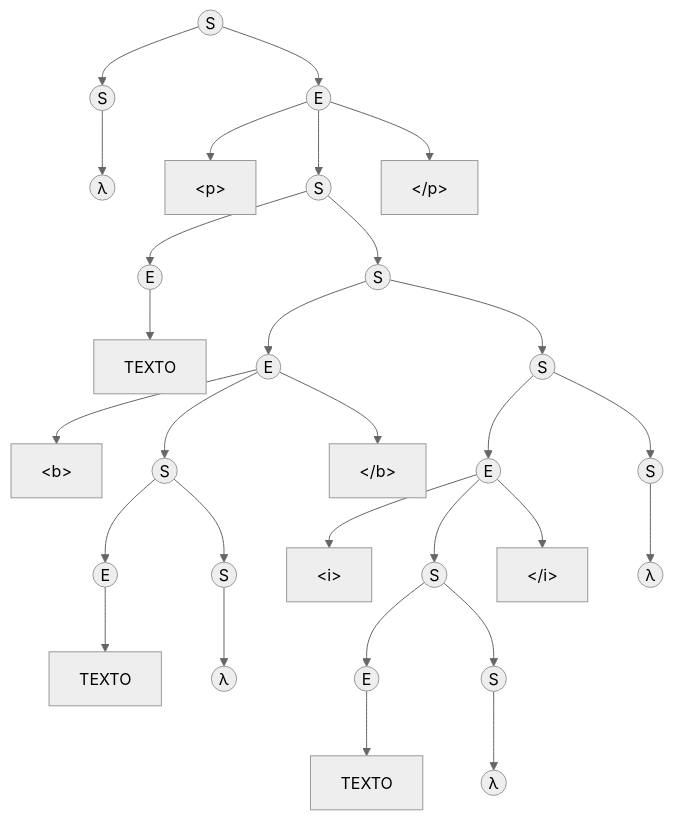
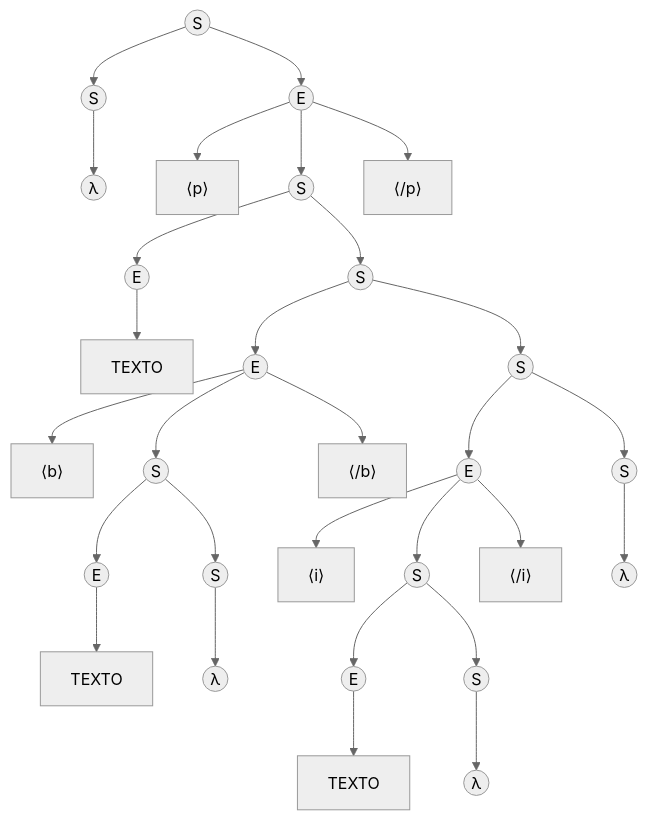
Before and after one commit to PedroGattiUCC/minihtml-parser: the second of 2 diagrams in docs/Fase1_Gramatica.md, drawn with Mermaid (neutral theme). The commit also changed other lines of this file and 1 other file, not shown here.

Commit message:
fix(docs): corrección de renderizado en GitHub (nodos Mermaid y KaTeX)

````diff
--- a/docs/Fase1_Gramatica.md
+++ b/docs/Fase1_Gramatica.md
@@ -147,36 +159,36 @@
 ```mermaid
 graph TD
     S0((S)) --> E1((E))
     S0 --> S1((S))
     S1 --> lam1((λ))
     
-    E1 --> p_open["&lt;p&gt;"]
+    E1 --> p_open["⟨p⟩"]
     E1 --> S2((S))
-    E1 --> p_close["&lt;/p&gt;"]
+    E1 --> p_close["⟨/p⟩"]
     
     S2 --> E2((E))
     S2 --> S3((S))
     E2 --> T1["TEXTO"]
     
     S3 --> E3((E))
     S3 --> S4((S))
-    E3 --> b_open["&lt;b&gt;"]
+    E3 --> b_open["⟨b⟩"]
     E3 --> S5((S))
-    E3 --> b_close["&lt;/b&gt;"]
+    E3 --> b_close["⟨/b⟩"]
     S5 --> E4((E))
     S5 --> S6((S))
     E4 --> T2["TEXTO"]
     S6 --> lam2((λ))
     
     S4 --> E5((E))
     S4 --> S7((S))
-    E5 --> i_open["&lt;i&gt;"]
+    E5 --> i_open["⟨i⟩"]
     E5 --> S8((S))
-    E5 --> i_close["&lt;/i&gt;"]
+    E5 --> i_close["⟨/i⟩"]
     S8 --> E6((E))
     S8 --> S9((S))
     E6 --> T3["TEXTO"]
     S9 --> lam3((λ))
     
     S7 --> lam4((λ))
 ```
````
